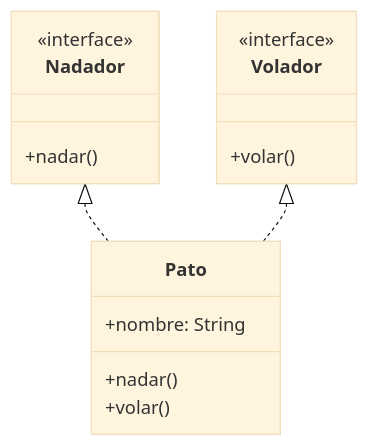
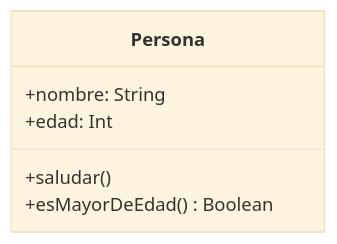
One commit to jmcandia/android-kotlin-desde-cero changed the second of 2 diagrams in docs/content/part04/chapter16.md. Above: the diagram before and after it, drawn with Mermaid (base theme). The commit also changed other lines of this file and 74 other files, not shown here.

````diff
--- a/docs/content/part04/chapter16.md
+++ b/docs/content/part04/chapter16.md
@@ -214,18 +199,9 @@
 ```mermaid
 classDiagram
-    class Nadador {
-        <<interface>>
-        +nadar()
+    class Persona {
+        +nombre: String
+        +edad: Int
+        +saludar()
+        +esMayorDeEdad() Boolean
     }
-    class Volador {
-        <<interface>>
-        +volar()
-    }
-    class Pato {
-        +nombre: String
-        +nadar()
-        +volar()
-    }
-    Nadador <|.. Pato
-    Volador <|.. Pato
 ```
````
